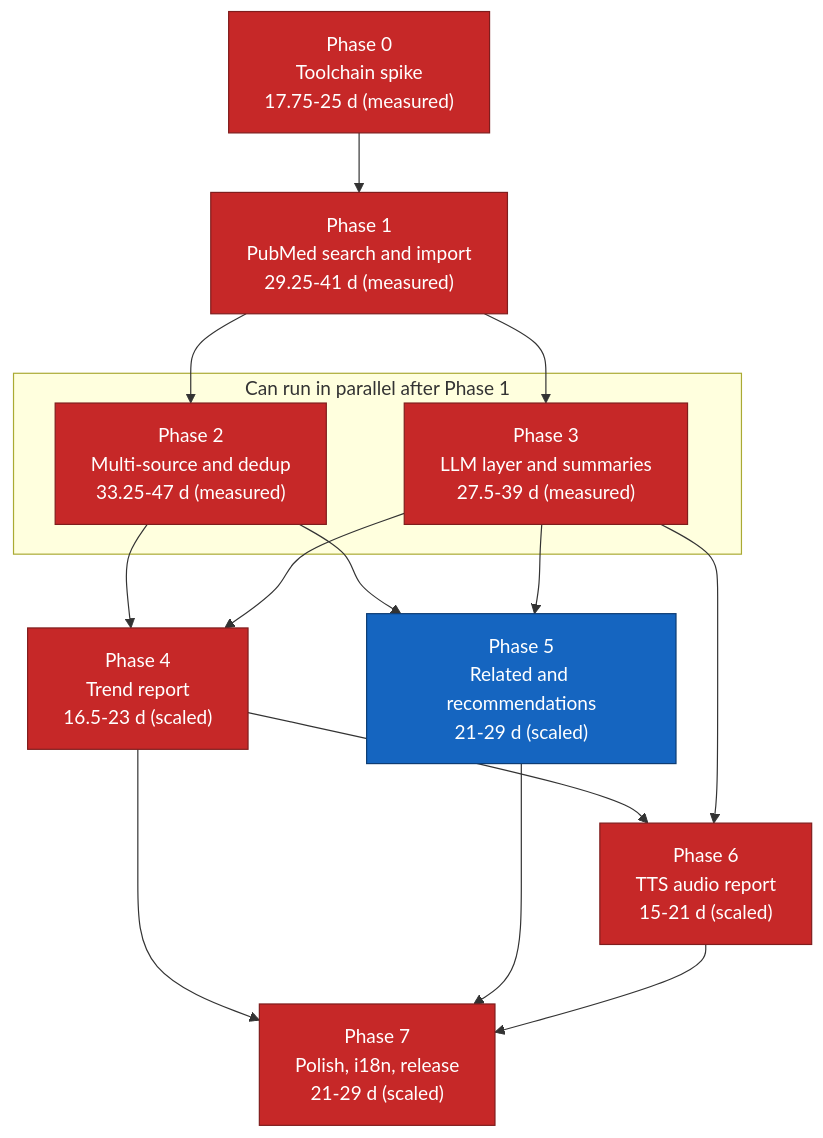
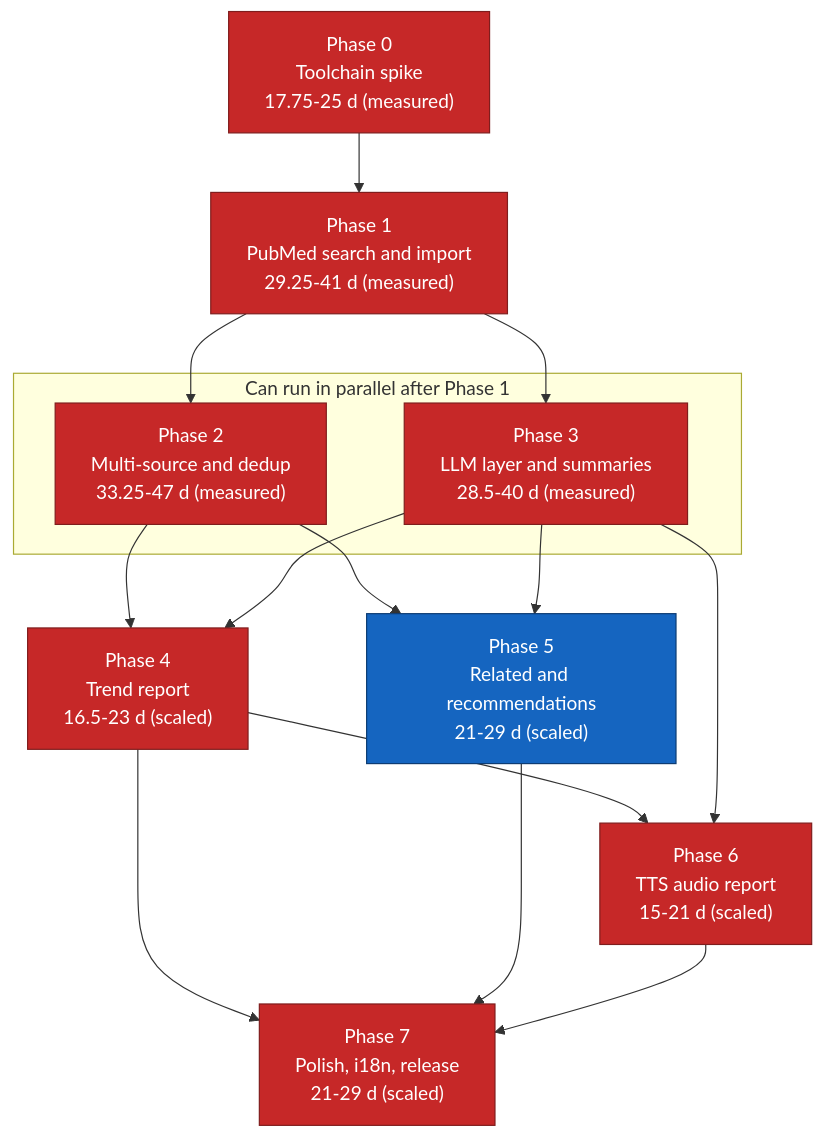
One commit to suppakoko/research_helper changed the diagram in docs/11-implementation-roadmap.md. Above: the diagram before and after it, drawn with Mermaid. The commit also changed other lines of this file and 5 other files, not shown here.

````diff
--- a/docs/11-implementation-roadmap.md
+++ b/docs/11-implementation-roadmap.md
@@ -326,34 +326,34 @@
 ```mermaid
 graph TD
     P0["Phase 0<br/>Toolchain spike<br/>17.75-25 d (measured)"]
     P1["Phase 1<br/>PubMed search and import<br/>29.25-41 d (measured)"]
     P2["Phase 2<br/>Multi-source and dedup<br/>33.25-47 d (measured)"]
-    P3["Phase 3<br/>LLM layer and summaries<br/>27.5-39 d (measured)"]
+    P3["Phase 3<br/>LLM layer and summaries<br/>28.5-40 d (measured)"]
     P4["Phase 4<br/>Trend report<br/>16.5-23 d (scaled)"]
     P5["Phase 5<br/>Related and recommendations<br/>21-29 d (scaled)"]
     P6["Phase 6<br/>TTS audio report<br/>15-21 d (scaled)"]
     P7["Phase 7<br/>Polish, i18n, release<br/>21-29 d (scaled)"]
 
     P0 --> P1
     P1 --> P2
     P1 --> P3
     P2 --> P4
     P3 --> P4
     P2 --> P5
     P3 --> P5
     P4 --> P6
     P3 --> P6
     P4 --> P7
     P5 --> P7
     P6 --> P7
 
     subgraph parallel["Can run in parallel after Phase 1"]
         P2
         P3
     end
 
     classDef critical fill:#c62828,stroke:#7f1d1d,color:#ffffff
     classDef normal fill:#1565c0,stroke:#0d3c73,color:#ffffff
     class P0,P1,P2,P3,P4,P6,P7 critical
     class P5 normal
 ```
````
